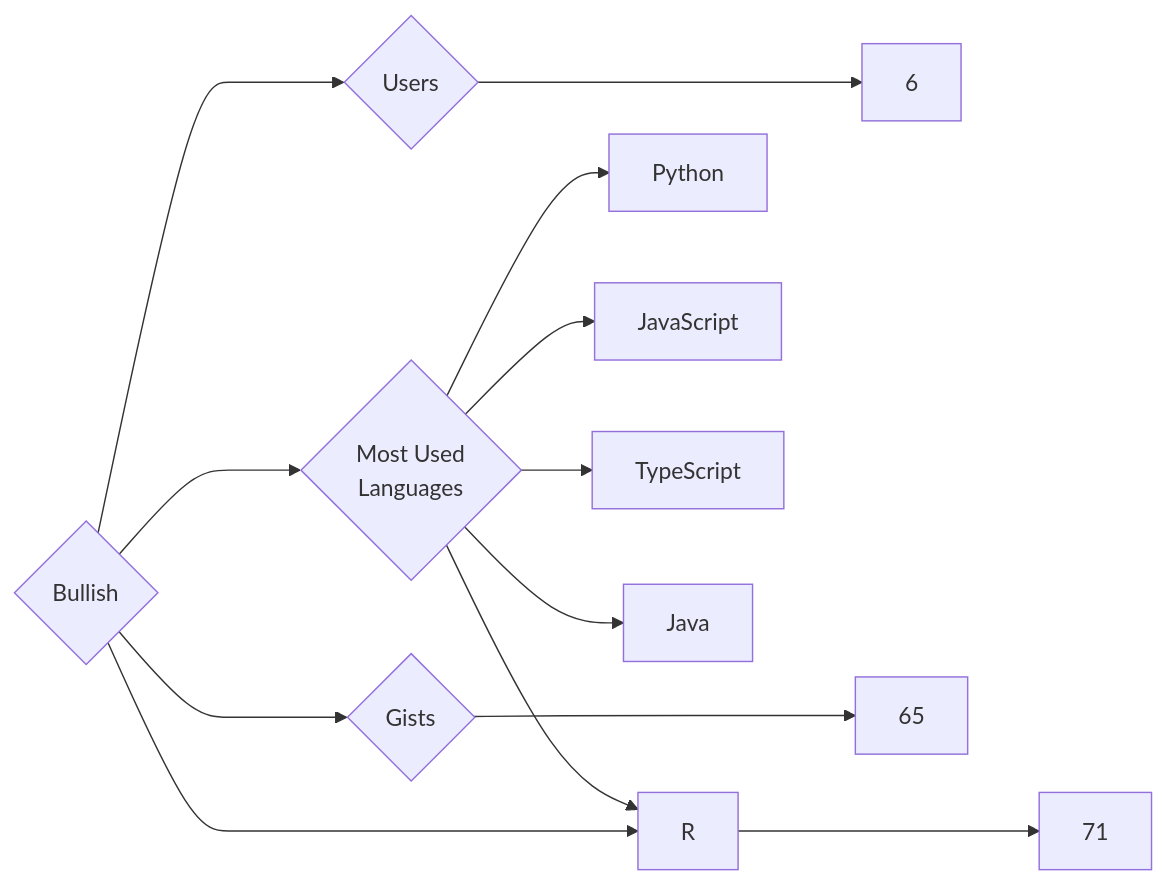
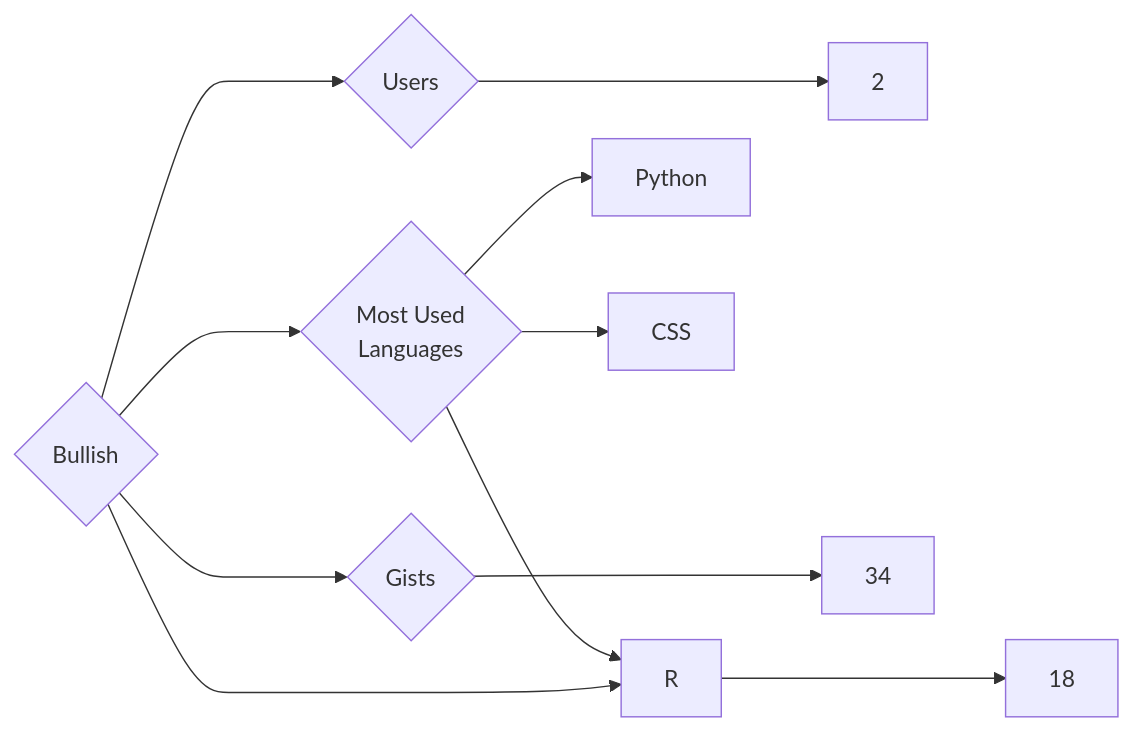
The diagram in targets/Bullish/README.md (trickest/insiders), drawn with Mermaid before and after one commit. The commit also changed 1088 other files, not shown here.

````diff
--- a/targets/Bullish/README.md
+++ b/targets/Bullish/README.md
@@ -3,13 +3,11 @@
 ```mermaid
 graph LR
 COMPANY_NAME{Bullish}
-COMPANY_NAME ---> U{Users} ---> UN[6]
-COMPANY_NAME ---> R{Repositories} ---> RN[71]
-COMPANY_NAME ---> G{Gists} ---> GN[65]
+COMPANY_NAME ---> U{Users} ---> UN[2]
+COMPANY_NAME ---> R{Repositories} ---> RN[18]
+COMPANY_NAME ---> G{Gists} ---> GN[34]
 COMPANY_NAME ---> ML{Most Used<br>Languages}
 ML --> Python[Python]
-ML --> JavaScript[JavaScript]
-ML --> TypeScript[TypeScript]
 ML --> R[R]
-ML --> Java[Java]
+ML --> CSS[CSS]
 ```
````
